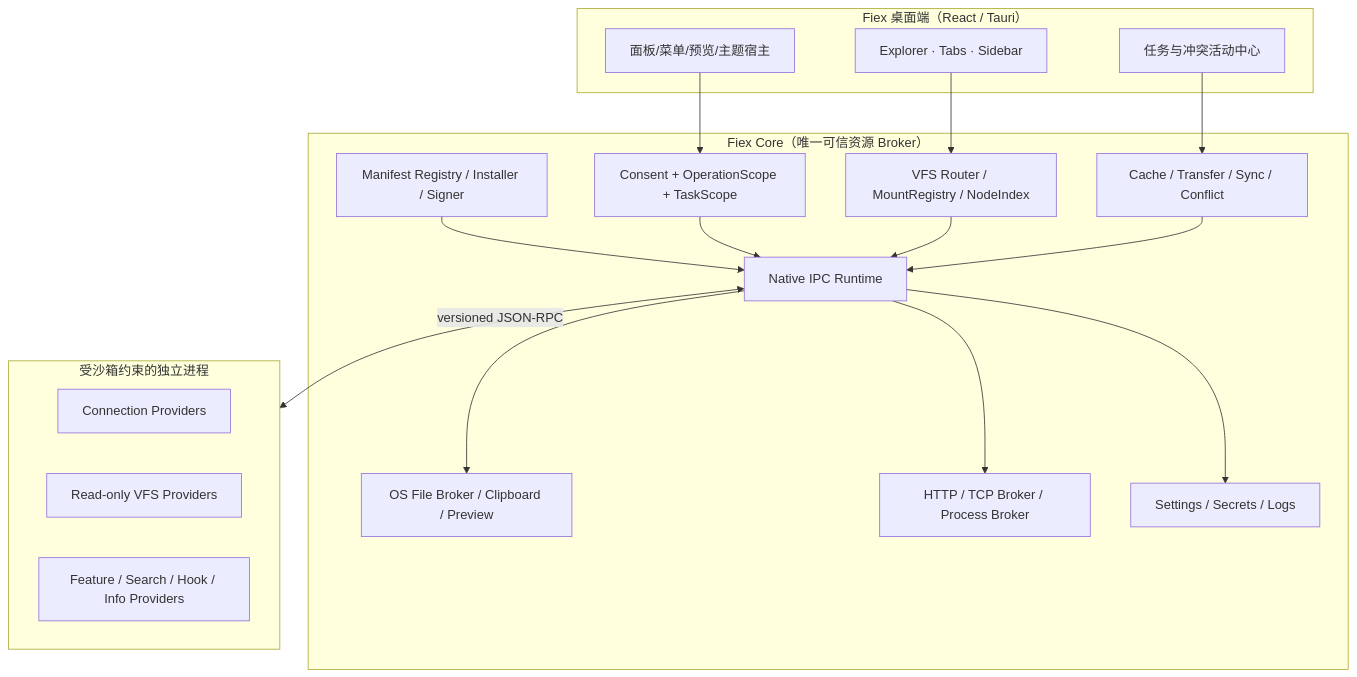
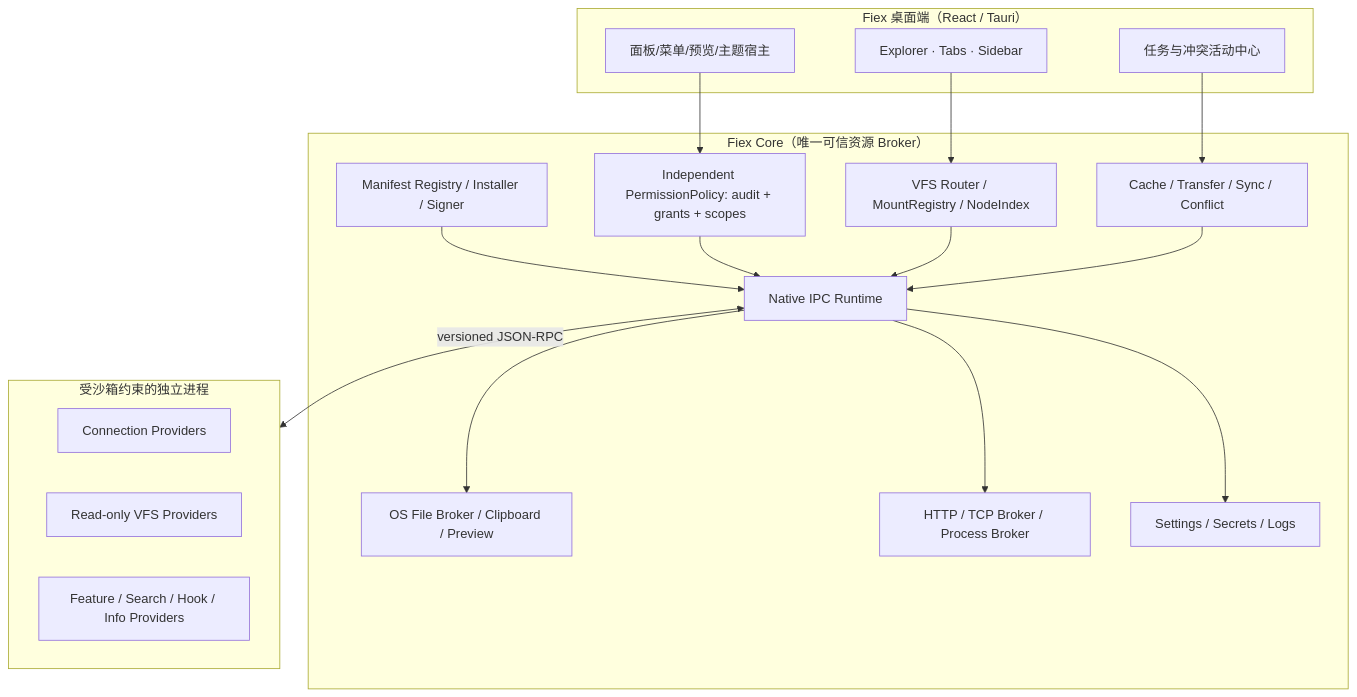
One commit to kevinhuang001/fiex changed the first of 9 diagrams in docs/plugins/01-ARCHITECTURE.md. Above: the diagram before and after it, drawn with Mermaid. The commit also changed other lines of this file and 10 other files, not shown here.

Commit message:
docs: decouple permission policy, decoration event subscription, and connection VFS

````diff
--- a/docs/plugins/01-ARCHITECTURE.md
+++ b/docs/plugins/01-ARCHITECTURE.md
@@ -5,34 +5,34 @@
 ```mermaid
 flowchart TB
   subgraph UI["Fiex 桌面端（React / Tauri）"]
     Explorer["Explorer · Tabs · Sidebar"]
     PanelHost["面板/菜单/预览/主题宿主"]
     EventCenter["任务与冲突活动中心"]
   end
   subgraph Core["Fiex Core（唯一可信资源 Broker）"]
     Registry["Manifest Registry / Installer / Signer"]
-    Permission["Consent + OperationScope + TaskScope"]
+    Permission["Independent PermissionPolicy: audit + grants + scopes"]
     Router["VFS Router / MountRegistry / NodeIndex"]
     Engine["Cache / Transfer / Sync / Conflict"]
     FS["OS File Broker / Clipboard / Preview"]
     Net["HTTP / TCP Broker / Process Broker"]
     Storage["Settings / Secrets / Logs"]
     Runtime["Native IPC Runtime"]
   end
   subgraph Plugins["受沙箱约束的独立进程"]
     Providers["Connection Providers"]
     VFS["Read-only VFS Providers"]
     Features["Feature / Search / Hook / Info Providers"]
   end
   Explorer --> Router
   PanelHost --> Permission
   EventCenter --> Engine
   Registry --> Runtime
   Permission --> Runtime
   Router --> Runtime
   Engine --> Runtime
   Runtime <-->|"versioned JSON-RPC"| Plugins
   Runtime --> FS
   Runtime --> Net
   Runtime --> Storage
 ```
````
